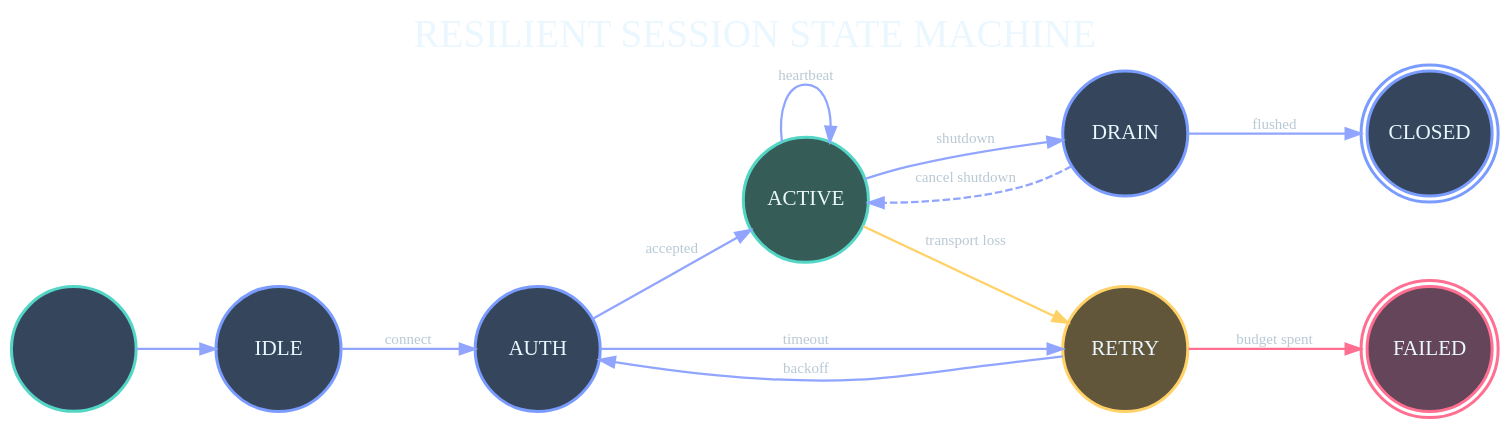
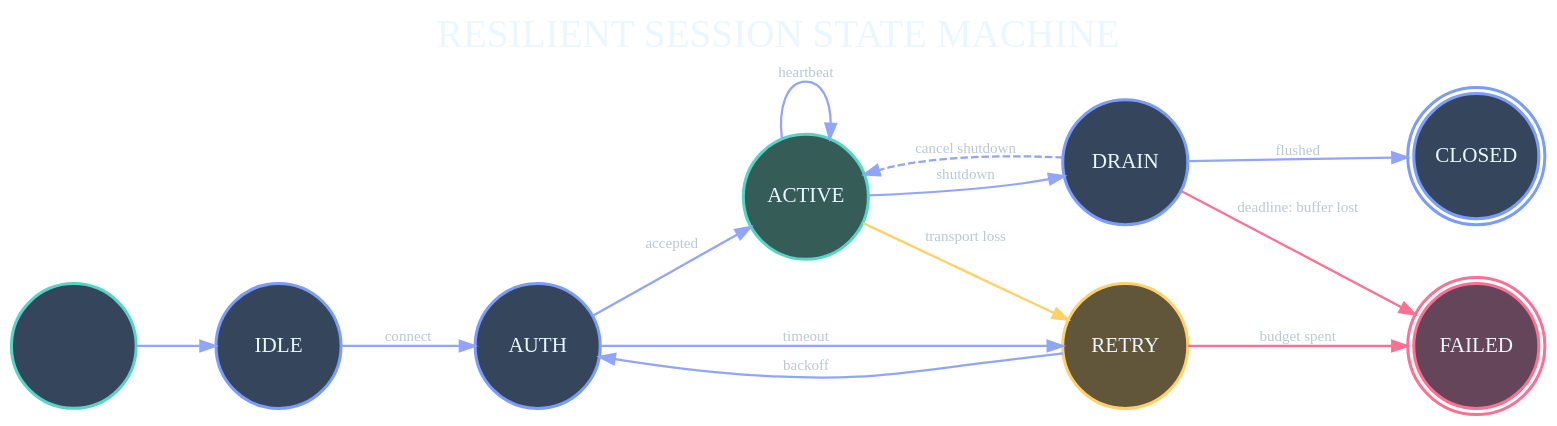
One commit to junix/diagram-layout-demos changed the diagram in src/state-machine.dot. Above: the diagram before and after it, drawn with Graphviz. The commit also changed 2 other files, not shown here.

Commit message:
state-machine: add drain deadline failure path to the session diagram
DRAIN now also exits to FAILED on "deadline: buffer lost", so shutdown is
bounded: flush either completes (flushed -> CLOSED), is cancelled, or the
deadline reports remaining buffered output as lost. Catalog blurb updated;
gallery regenerated.

```diff
--- a/src/state-machine.dot
+++ b/src/state-machine.dot
@@ -1,7 +1,7 @@
 digraph Protocol {
   graph [bgcolor="transparent", rankdir=LR, pad=.5, nodesep=.48, ranksep=.72, label="RESILIENT SESSION STATE MACHINE", labelloc=t, fontsize=26, fontcolor="#eaf7ff", fontname="Avenir Next"];
   node [shape=circle, style=filled, fillcolor="#172a43dd", color="#7b9cff", fontcolor="#eaf7ff", fontname="Avenir Next", width=1.15, penwidth=2];
   edge [color="#91a5ff", fontcolor="#b9c9d5", fontname="Avenir Next", fontsize=10, penwidth=1.5];
   start [shape=point,color="#54d6c6"]; idle [label="IDLE"]; auth [label="AUTH"]; active [label="ACTIVE",fillcolor="#17433edd",color="#54d6c6"]; drain [label="DRAIN"]; retry [label="RETRY",fillcolor="#493d1cdd",color="#ffd166"]; failed [label="FAILED",shape=doublecircle,fillcolor="#4d2940dd",color="#ff6f91"]; closed [label="CLOSED",shape=doublecircle];
-  start -> idle; idle -> auth [label="connect"]; auth -> active [label="accepted"]; auth -> retry [label="timeout"]; retry -> auth [label="backoff"]; retry -> failed [label="budget spent",color="#ff6f91"]; active -> drain [label="shutdown"]; drain -> closed [label="flushed"]; active -> retry [label="transport loss",color="#ffd166"]; active -> active [label="heartbeat"]; drain -> active [label="cancel shutdown",style=dashed];
+  start -> idle; idle -> auth [label="connect"]; auth -> active [label="accepted"]; auth -> retry [label="timeout"]; retry -> auth [label="backoff"]; retry -> failed [label="budget spent",color="#ff6f91"]; active -> drain [label="shutdown"]; drain -> closed [label="flushed"]; drain -> failed [label="deadline: buffer lost",color="#ff6f91"]; active -> retry [label="transport loss",color="#ffd166"]; active -> active [label="heartbeat"]; drain -> active [label="cancel shutdown",style=dashed];
 }
```
